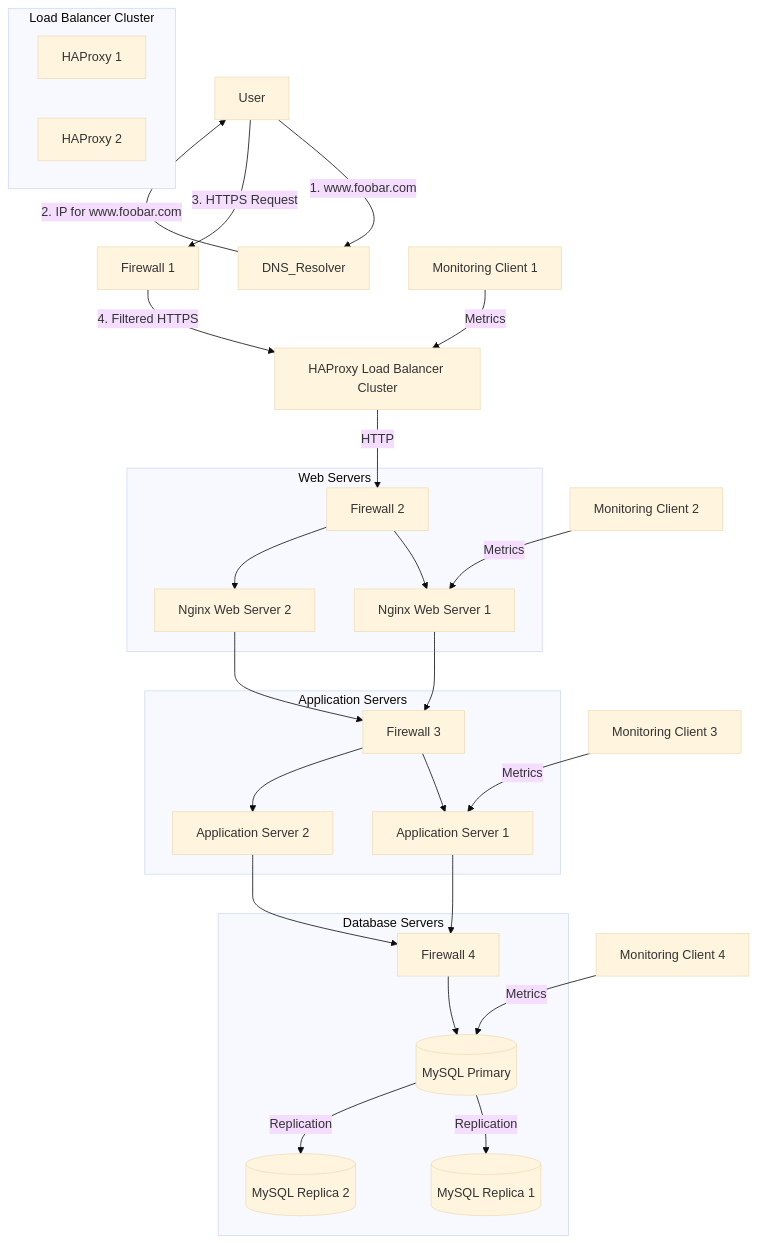
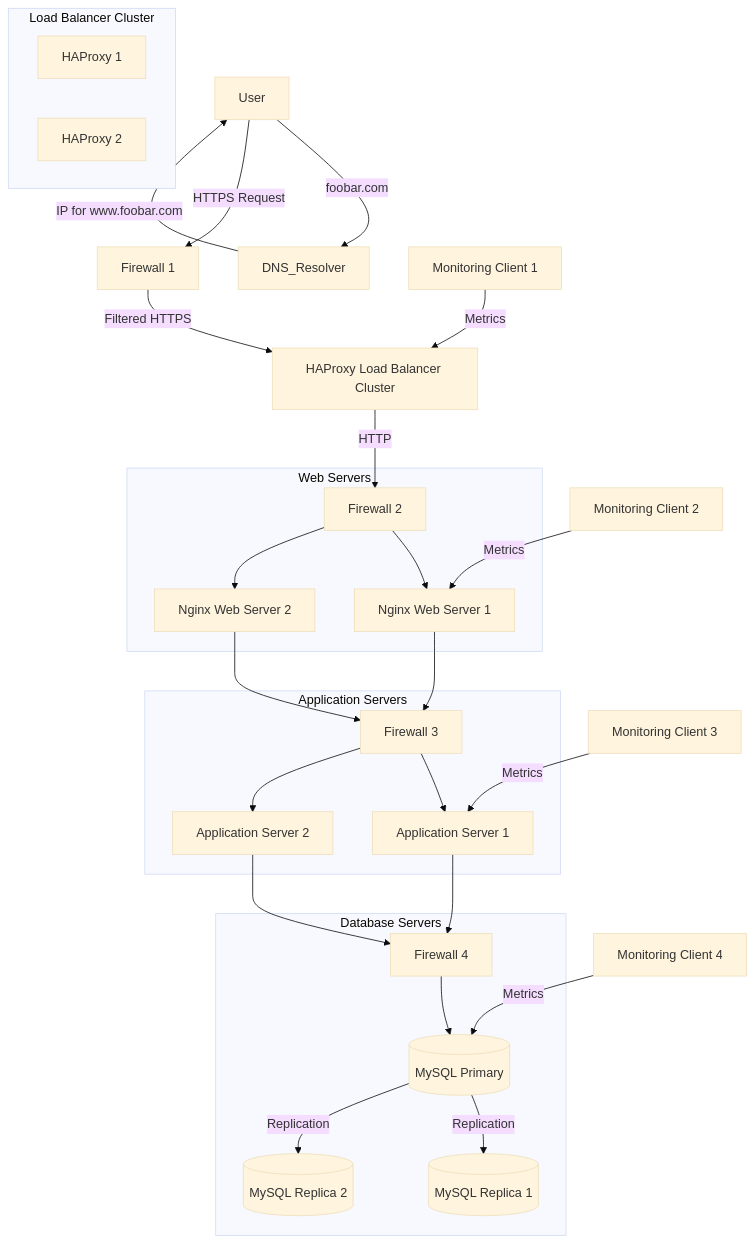
One commit to judiihh/holbertonschool-system_engineering-devops changed the diagram in web_infrastructure_design/3-scale_up.md. Above: the diagram before and after it, drawn with Mermaid (base theme).

Commit message:
fix: mermaid docs

````diff
--- a/web_infrastructure_design/3-scale_up.md
+++ b/web_infrastructure_design/3-scale_up.md
@@ -7,53 +7,53 @@
 ```mermaid
 graph TD
-    User -->|1. www.foobar.com| DNS_Resolver
-    DNS_Resolver -->|2. IP for www.foobar.com| User
-    User -->|3. HTTPS Request| Firewall1[Firewall 1]
-    Firewall1 -->|4. Filtered HTTPS| LB_Cluster[HAProxy Load Balancer Cluster]
+    User -->|foobar.com| DNS_Resolver
+    DNS_Resolver -->|IP for www.foobar.com| User
+    User -->|HTTPS Request| Firewall1[Firewall 1]
+    Firewall1 -->|Filtered HTTPS| LB_Cluster[HAProxy Load Balancer Cluster]
     
     subgraph Load Balancer Cluster
         LB1[HAProxy 1]
         LB2[HAProxy 2]
     end
     
     subgraph Web Servers
         Firewall2[Firewall 2]
         Web_Server1[Nginx Web Server 1]
         Web_Server2[Nginx Web Server 2]
     end
     
     subgraph Application Servers
         Firewall3[Firewall 3]
         App_Server1[Application Server 1]
         App_Server2[Application Server 2]
     end
     
     subgraph Database Servers
         Firewall4[Firewall 4]
         DB_Primary[(MySQL Primary)]
         DB_Replica1[(MySQL Replica 1)]
         DB_Replica2[(MySQL Replica 2)]
     end
     
     LB_Cluster -->|HTTP| Firewall2
     Firewall2 --> Web_Server1
     Firewall2 --> Web_Server2
     
     Web_Server1 --> Firewall3
     Web_Server2 --> Firewall3
     Firewall3 --> App_Server1
     Firewall3 --> App_Server2
     
     App_Server1 --> Firewall4
     App_Server2 --> Firewall4
     Firewall4 --> DB_Primary
     
     DB_Primary -->|Replication| DB_Replica1
     DB_Primary -->|Replication| DB_Replica2
 
     %% Monitoring Components
     Monitor1[Monitoring Client 1] -->|Metrics| LB_Cluster
     Monitor2[Monitoring Client 2] -->|Metrics| Web_Server1
     Monitor3[Monitoring Client 3] -->|Metrics| App_Server1
     Monitor4[Monitoring Client 4] -->|Metrics| DB_Primary
 ```
````
